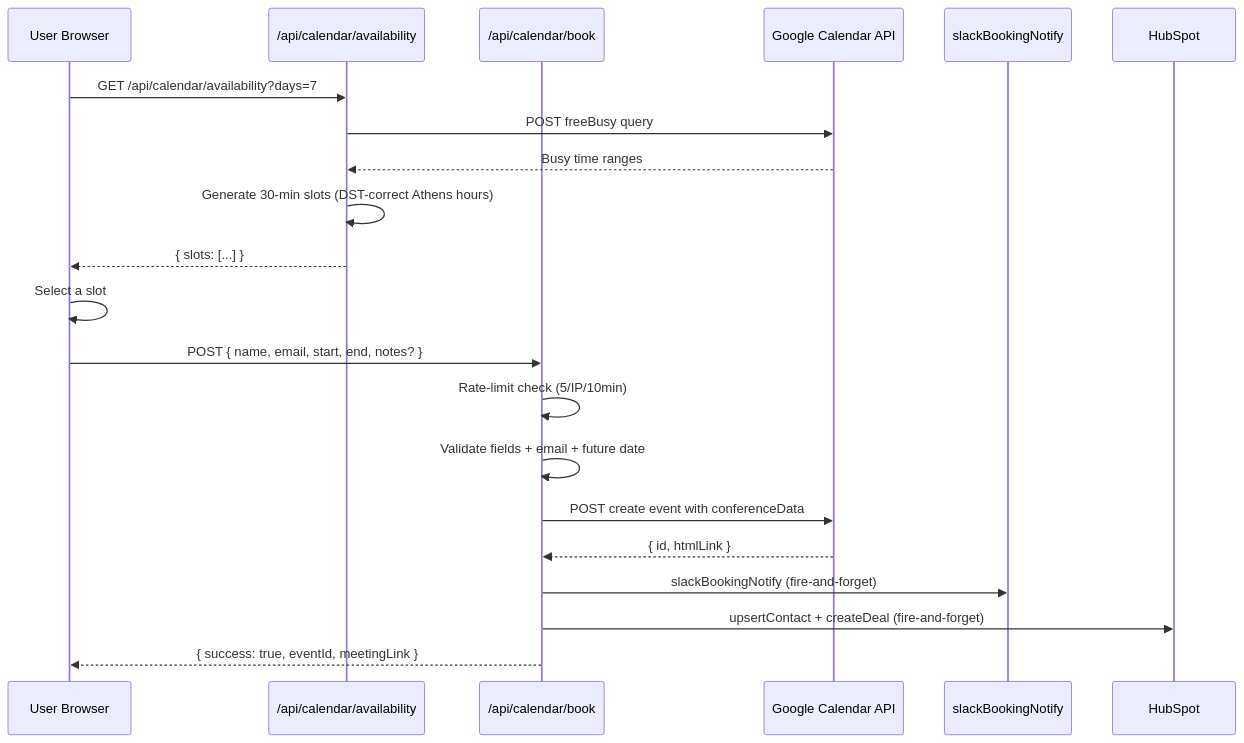
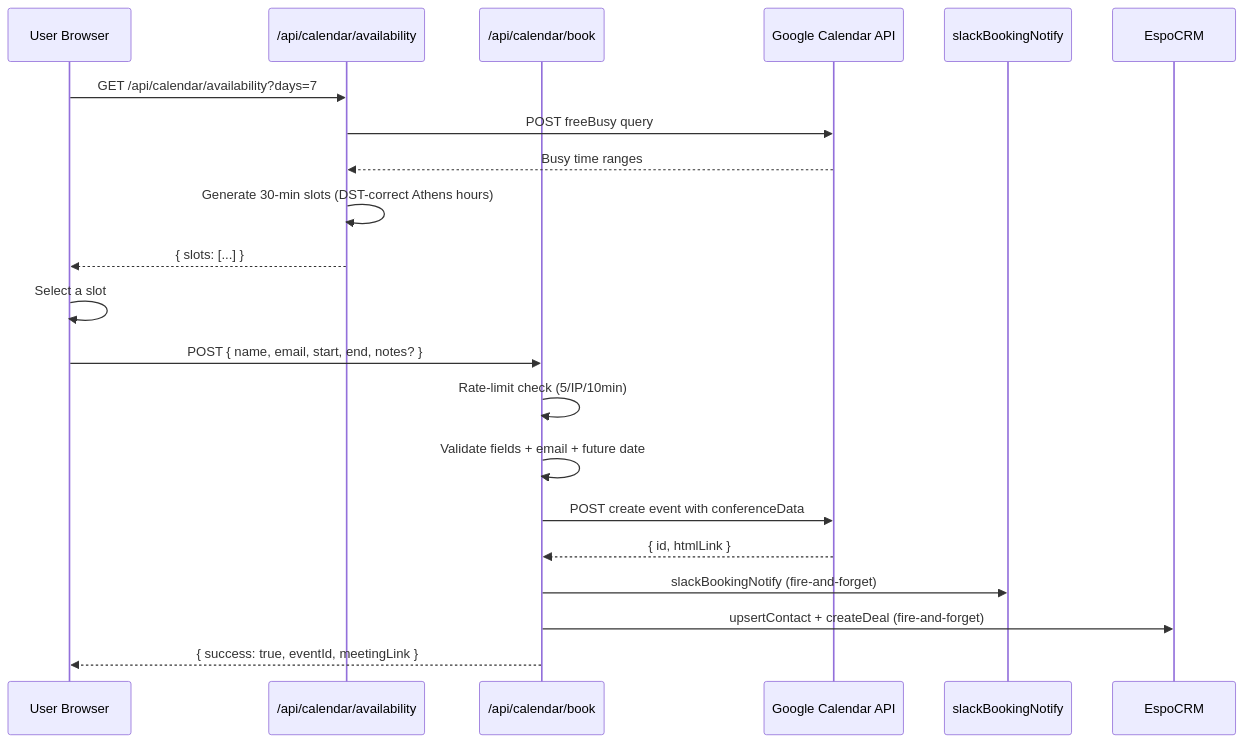
The third of 3 diagrams in docs/GOOGLE-CALENDAR.md (Themis128/cloudless.gr), drawn with Mermaid before and after one commit. The commit also changed other lines of this file and 121 other files, not shown here.

````diff
--- a/docs/GOOGLE-CALENDAR.md
+++ b/docs/GOOGLE-CALENDAR.md
@@ -149,24 +149,24 @@
 ```mermaid
 sequenceDiagram
     participant User as User Browser
     participant Avail as /api/calendar/availability
     participant Book as /api/calendar/book
     participant GCal as Google Calendar API
     participant Slack as slackBookingNotify
-    participant HS as HubSpot
+    participant HS as EspoCRM
     User->>Avail: GET /api/calendar/availability?days=7
     Avail->>GCal: POST freeBusy query
     GCal-->>Avail: Busy time ranges
     Avail->>Avail: Generate 30-min slots (DST-correct Athens hours)
     Avail-->>User: { slots: [...] }
 
     User->>User: Select a slot
     User->>Book: POST { name, email, start, end, notes? }
     Book->>Book: Rate-limit check (5/IP/10min)
     Book->>Book: Validate fields + email + future date
     Book->>GCal: POST create event with conferenceData
     GCal-->>Book: { id, htmlLink }
     Book->>Slack: slackBookingNotify (fire-and-forget)
     Book->>HS: upsertContact + createDeal (fire-and-forget)
     Book-->>User: { success: true, eventId, meetingLink }
 ```
````
